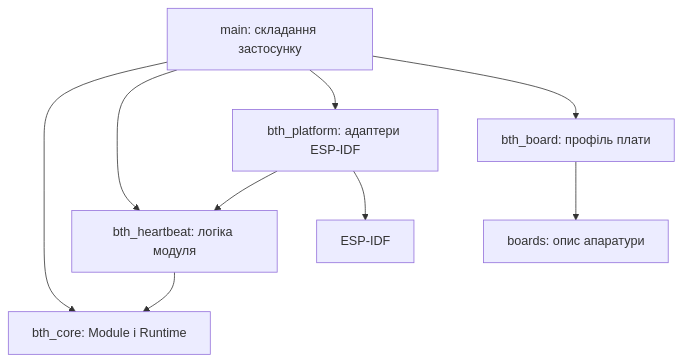
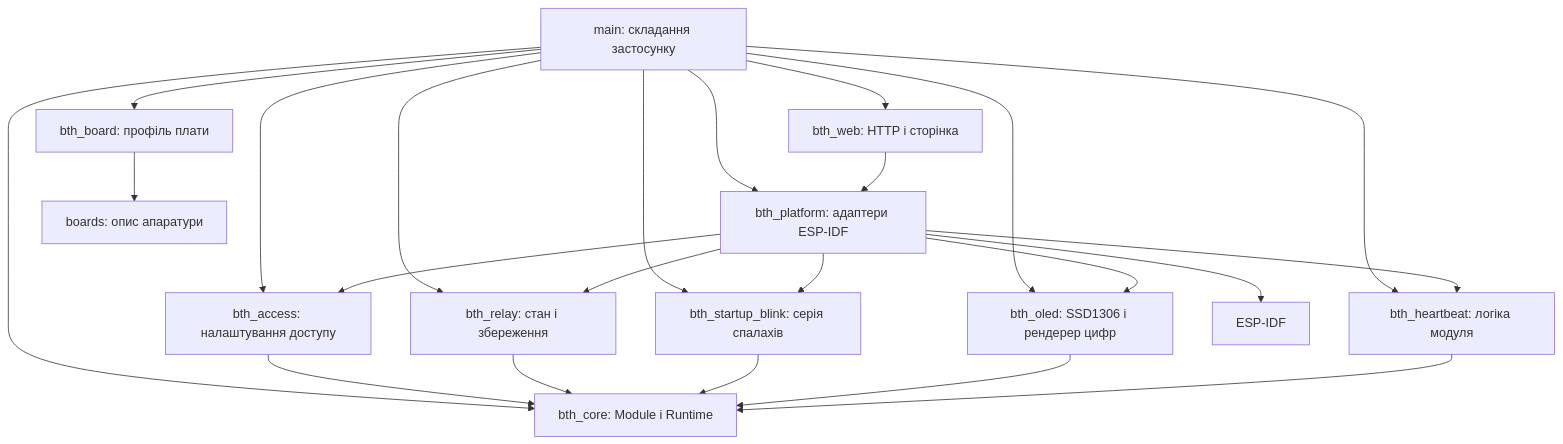
One commit to Yaroslav1205/B-T-HOME changed the diagram in docs/ARCHITECTURE.md. Above: the diagram before and after it, drawn with Mermaid. The commit also changed other lines of this file and 137 other files, not shown here.

````diff
--- a/docs/ARCHITECTURE.md
+++ b/docs/ARCHITECTURE.md
@@ -9,11 +120,25 @@
 ```mermaid
 flowchart TD
     app[main: складання застосунку] --> core[bth_core: Module і Runtime]
     app --> module[bth_heartbeat: логіка модуля]
     app --> platform[bth_platform: адаптери ESP-IDF]
     app --> board[bth_board: профіль плати]
+    app --> access[bth_access: налаштування доступу]
+    access --> core
+    platform --> access
+    app --> relay[bth_relay: стан і збереження]
+    relay --> core
+    platform --> relay
+    app --> web[bth_web: HTTP і сторінка]
+    web --> platform
+    app --> blink[bth_startup_blink: серія спалахів]
+    blink --> core
+    platform --> blink
+    app --> oled[bth_oled: SSD1306 і рендерер цифр]
+    oled --> core
+    platform --> oled
     module --> core
     platform --> module
     platform --> idf[ESP-IDF]
     board --> profiles[boards: опис апаратури]
 ```
````
